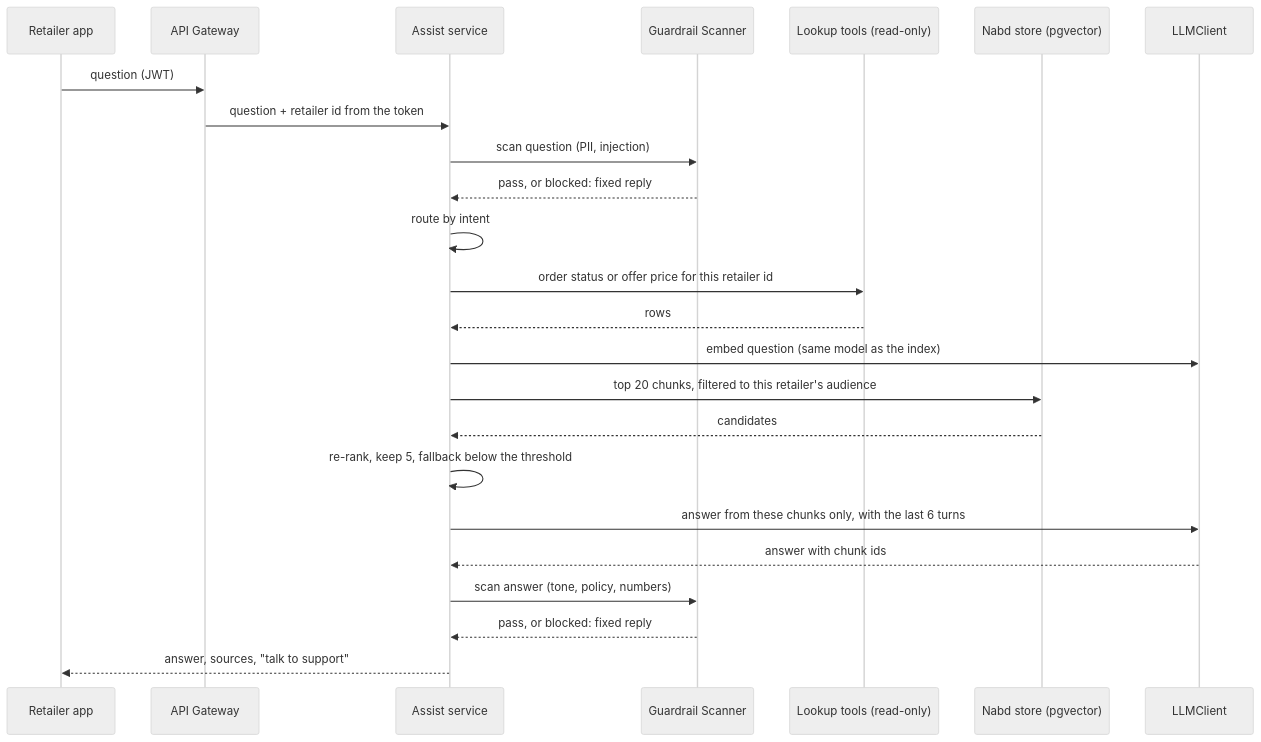
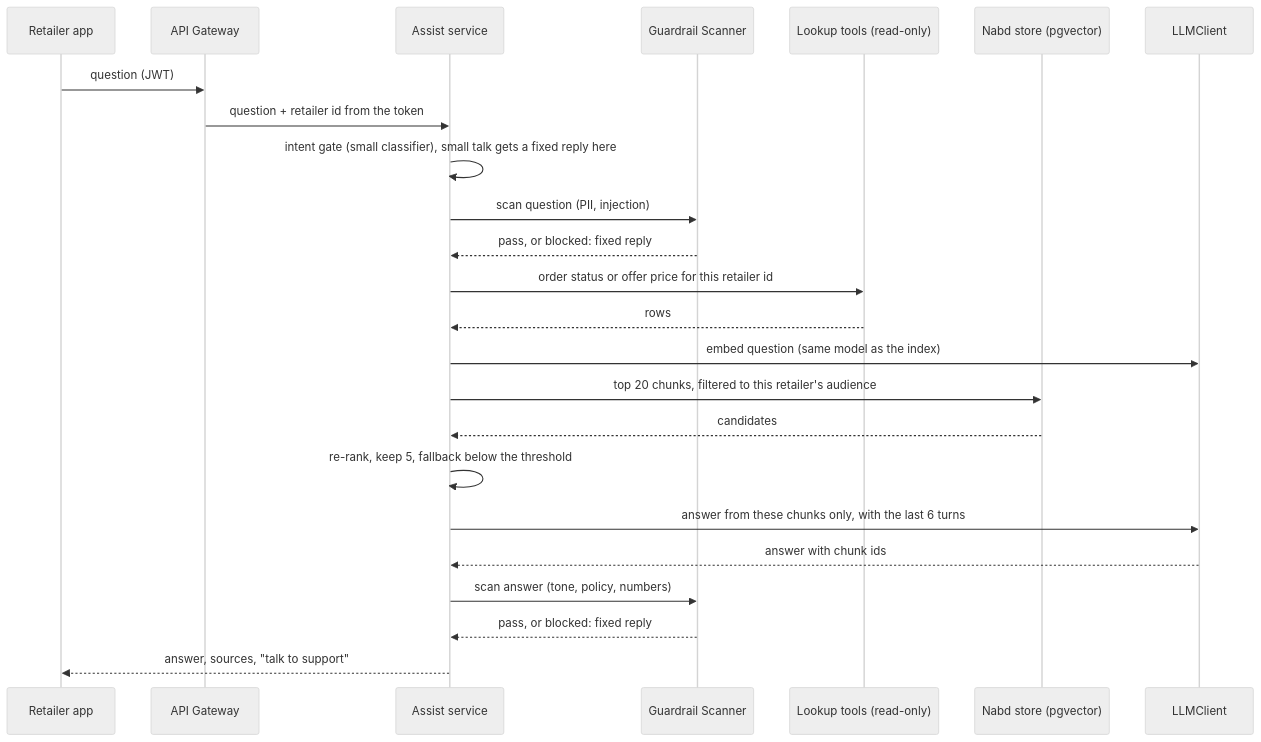
One commit to Isma3ilMohamed/ai-architecture-portfolio changed the second of 2 diagrams in docs/04-rag-chatbot.md. Above: the diagram before and after it, drawn with Mermaid (neutral theme). The commit also changed other lines of this file and 2 other files, not shown here.

Commit message:
docs: add Session 4 mini project notes and align the intent gate with the diagram

````diff
--- a/docs/04-rag-chatbot.md
+++ b/docs/04-rag-chatbot.md
@@ -76,26 +78,26 @@
 ```mermaid
 sequenceDiagram
   participant R as Retailer app
   participant GW as API Gateway
   participant A as Assist service
   participant G as Guardrail Scanner
   participant T as Lookup tools (read-only)
   participant VS as Nabd store (pgvector)
   participant L as LLMClient
   R->>GW: question (JWT)
   GW->>A: question + retailer id from the token
+  A->>A: intent gate (small classifier), small talk gets a fixed reply here
   A->>G: scan question (PII, injection)
   G-->>A: pass, or blocked: fixed reply
-  A->>A: route by intent
   A->>T: order status or offer price for this retailer id
   T-->>A: rows
   A->>L: embed question (same model as the index)
   A->>VS: top 20 chunks, filtered to this retailer's audience
   VS-->>A: candidates
   A->>A: re-rank, keep 5, fallback below the threshold
   A->>L: answer from these chunks only, with the last 6 turns
   L-->>A: answer with chunk ids
   A->>G: scan answer (tone, policy, numbers)
   G-->>A: pass, or blocked: fixed reply
   A-->>R: answer, sources, "talk to support"
 ```
````
